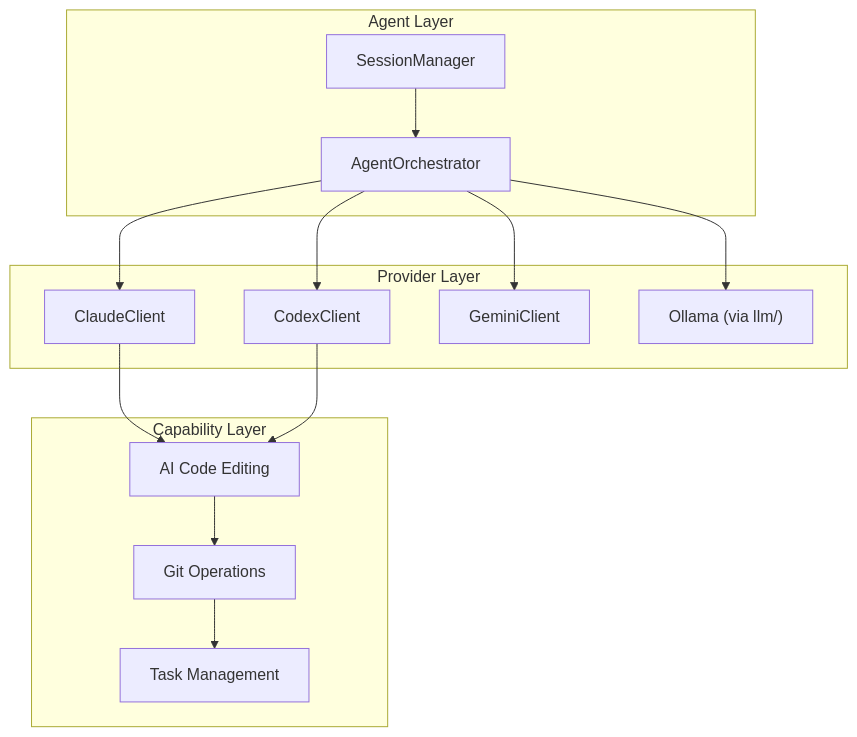
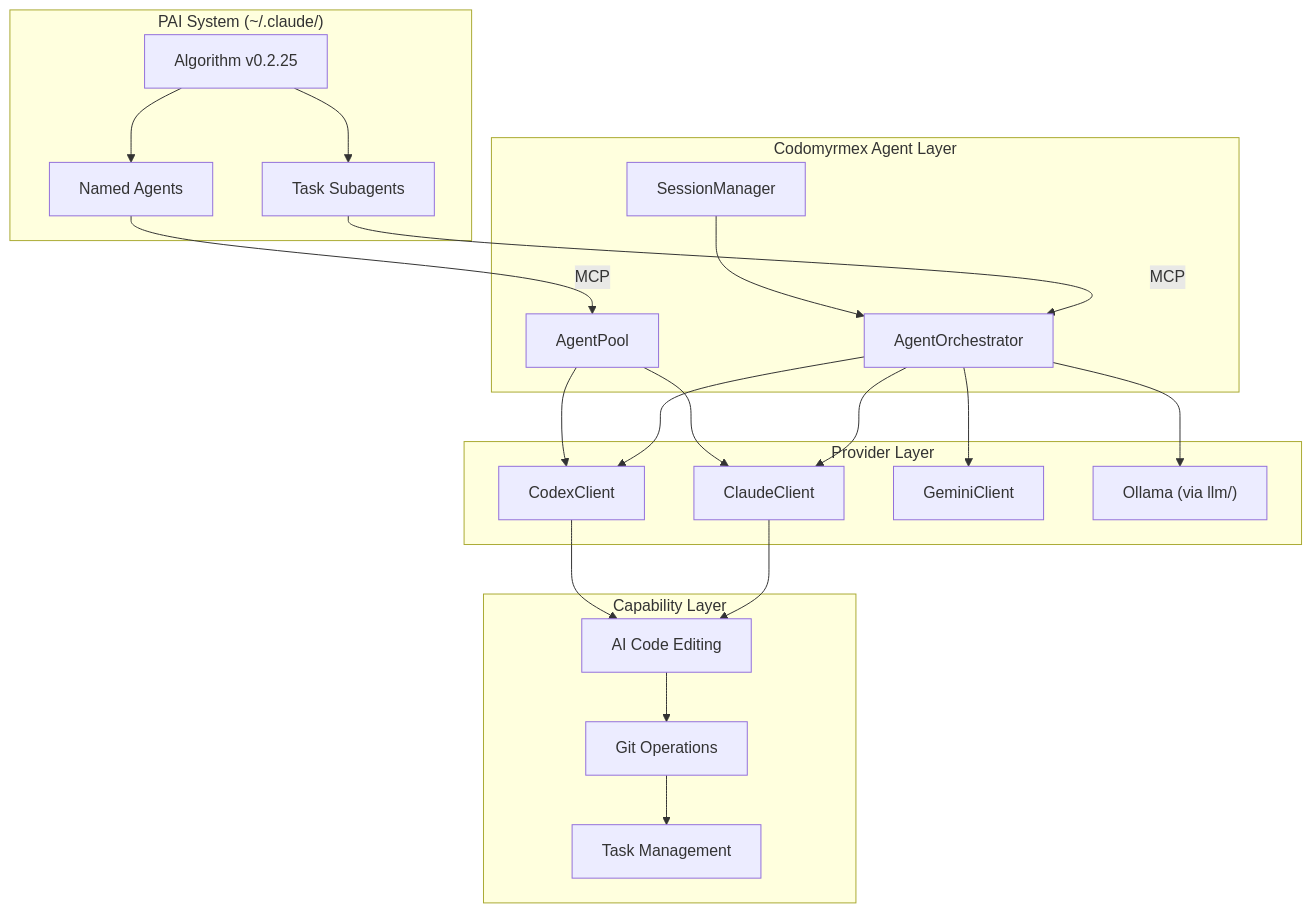
One commit to docxology/codomyrmex changed the diagram in src/codomyrmex/agents/PAI.md. Above: the diagram before and after it, drawn with Mermaid. The commit also changed other lines of this file and 10 other files, not shown here.

````diff
--- a/src/codomyrmex/agents/PAI.md
+++ b/src/codomyrmex/agents/PAI.md
@@ -96,32 +181,47 @@
 ```mermaid
 graph TB
-    subgraph agentLayer ["Agent Layer"]
+    subgraph paiSystem ["PAI System (~/.claude/)"]
+        Algorithm["Algorithm v0.2.25"]
+        Subagents["Task Subagents"]
+        Named["Named Agents"]
+    end
+
+    subgraph agentLayer ["Codomyrmex Agent Layer"]
         Orchestrator["AgentOrchestrator"]
+        Pool["AgentPool"]
         Session["SessionManager"]
     end
 
     subgraph providers ["Provider Layer"]
         Claude["ClaudeClient"]
         Codex["CodexClient"]
         Gemini["GeminiClient"]
         Local["Ollama (via llm/)"]
     end
 
     subgraph capabilities ["Capability Layer"]
         CodeEdit["AI Code Editing"]
         GitAgent["Git Operations"]
         Droid["Task Management"]
     end
 
+    Algorithm --> Subagents
+    Algorithm --> Named
+    Subagents -->|"MCP"| Orchestrator
+    Named -->|"MCP"| Pool
+
     Orchestrator --> Claude
     Orchestrator --> Codex
     Orchestrator --> Gemini
     Orchestrator --> Local
+
+    Pool --> Claude
+    Pool --> Codex
 
     Session --> Orchestrator
 
     Claude --> CodeEdit
     Codex --> CodeEdit
     CodeEdit --> GitAgent
     GitAgent --> Droid
 ```
````
